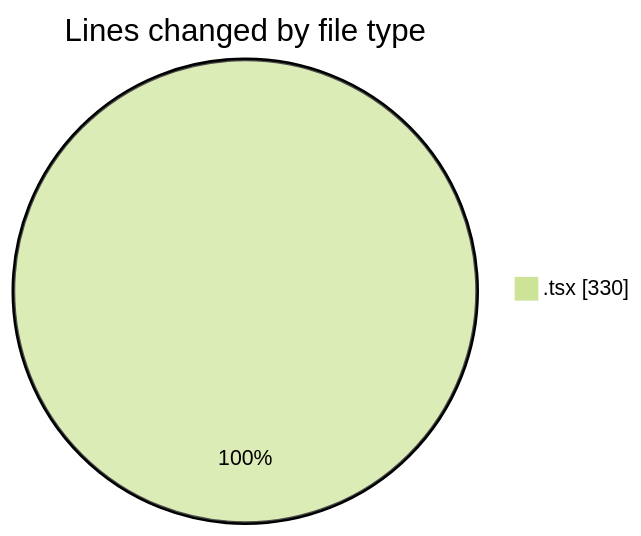
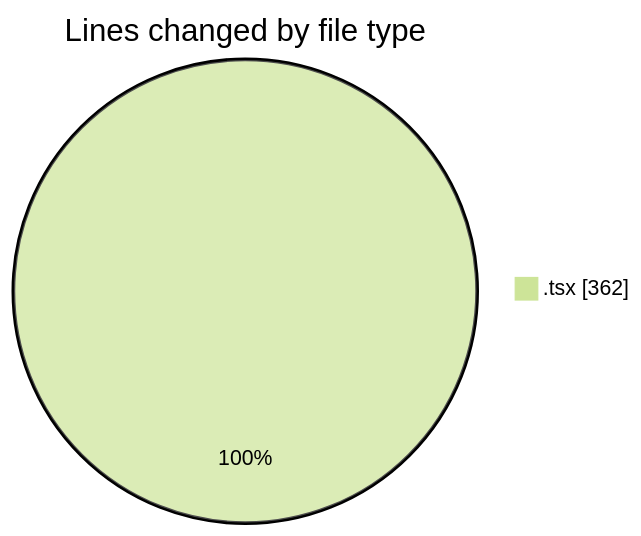
Before and after one commit to momahboobian/code-tracking: the first of 2 diagrams in 2025-02-11/cda/README.md, drawn with Mermaid (forest theme). The commit also changed other lines of this file and 1 other file, not shown here.

````diff
--- a/2025-02-11/cda/README.md
+++ b/2025-02-11/cda/README.md
@@ -20,5 +20,5 @@
 ```mermaid
 pie showData
 title Lines changed by file type
-".tsx" : 330
+".tsx" : 362
 ```
````
